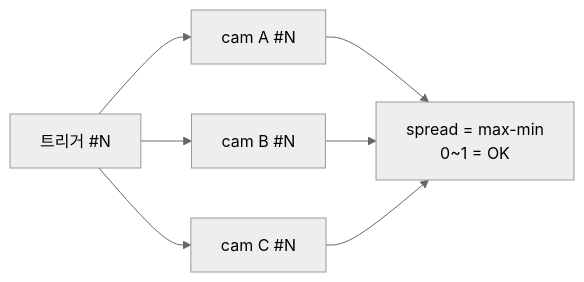
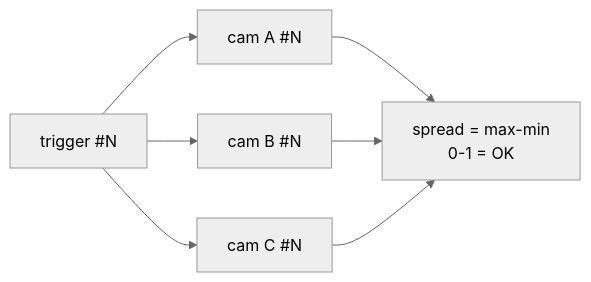
One commit to willi19/paradex changed the fifth of 7 diagrams in docs/camera_system.md. Above: the diagram before and after it, drawn with Mermaid (neutral theme). The commit also changed other lines of this file and 3 other files, not shown here.

````diff
--- a/docs/camera_system.md
+++ b/docs/camera_system.md
@@ -217,7 +221,7 @@
 ```{mermaid}
 flowchart LR
-    GEN["트리거 #N"] --> C1["cam A #N"]
+    GEN["trigger #N"] --> C1["cam A #N"]
     GEN --> C2["cam B #N"]
     GEN --> C3["cam C #N"]
-    C1 & C2 & C3 --> CHK["spread = max-min<br/>0~1 = OK"]
+    C1 & C2 & C3 --> CHK["spread = max-min<br/>0-1 = OK"]
 ```
````
